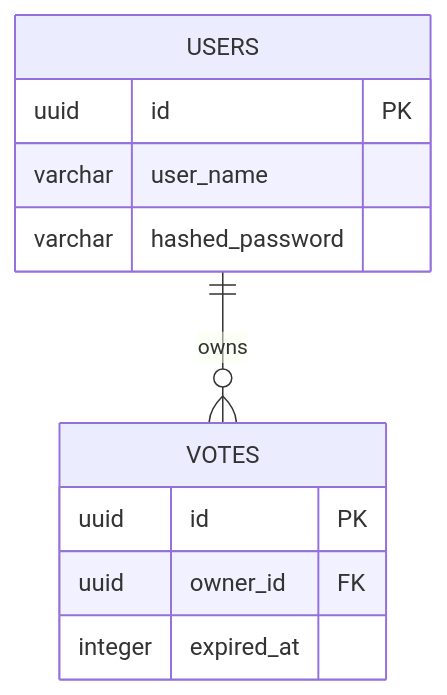
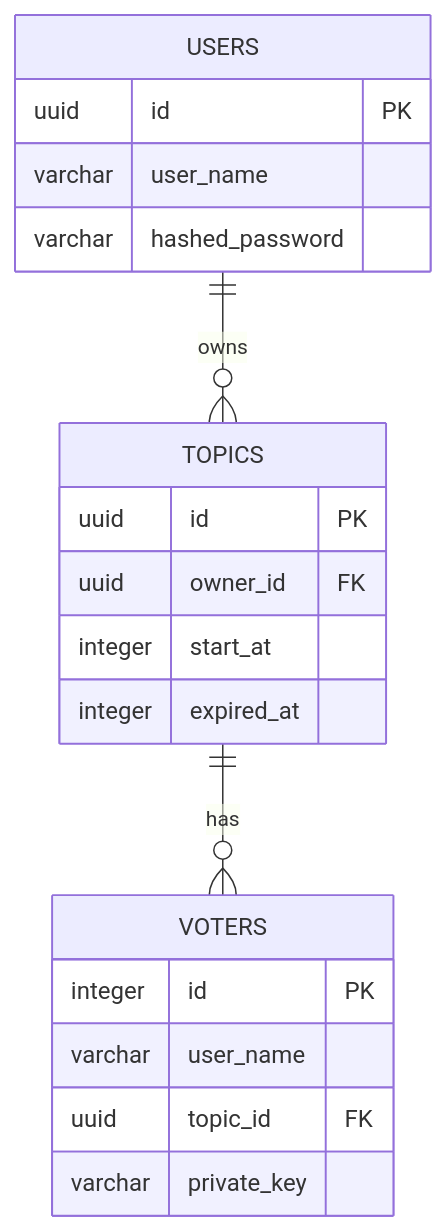
The diagram in docs/db_schema.md (zukigit/zukivote), drawn with Mermaid before and after one commit. The commit also changed other lines of this file, not shown here.

Commit message:
doc: updated schema

````diff
--- a/docs/db_schema.md
+++ b/docs/db_schema.md
@@ -5,16 +5,25 @@
 ```mermaid
 erDiagram
     USERS {
         uuid id PK
         varchar user_name
         varchar hashed_password
     }
 
-    VOTES {
+    TOPICS {
         uuid id PK
         uuid owner_id FK
+        integer start_at
         integer expired_at
     }
 
-    USERS ||--o{ VOTES : owns
+    VOTERS {
+        integer id PK
+        varchar user_name
+        uuid topic_id FK
+        varchar private_key
+    }
+
+    USERS ||--o{ TOPICS : owns
+    TOPICS ||--o{ VOTERS : has
 ```
````
